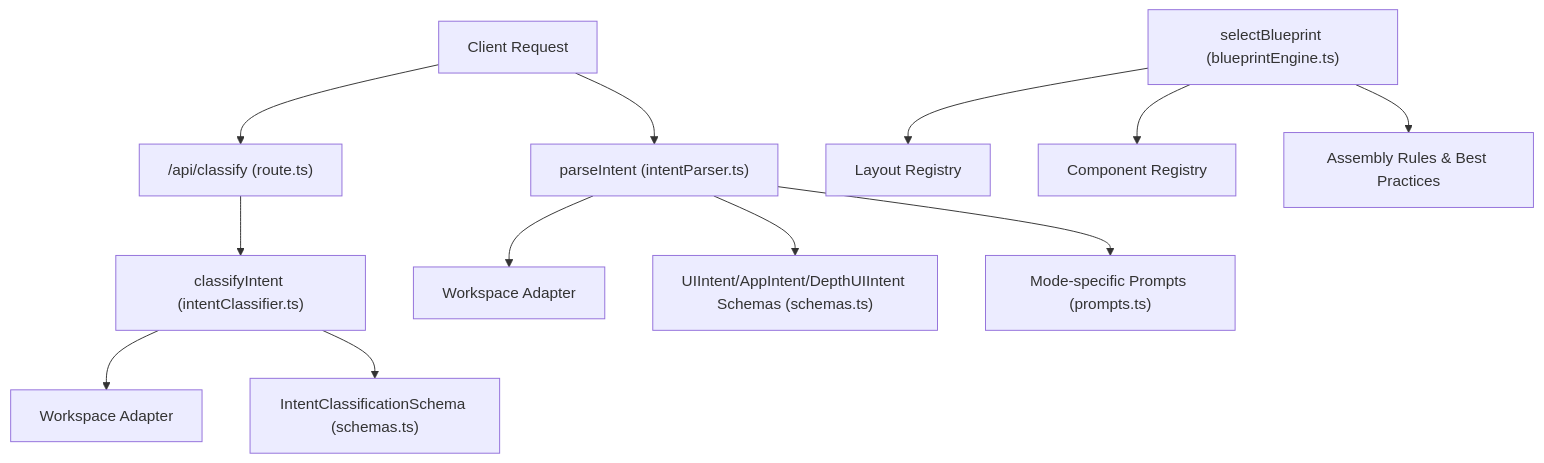
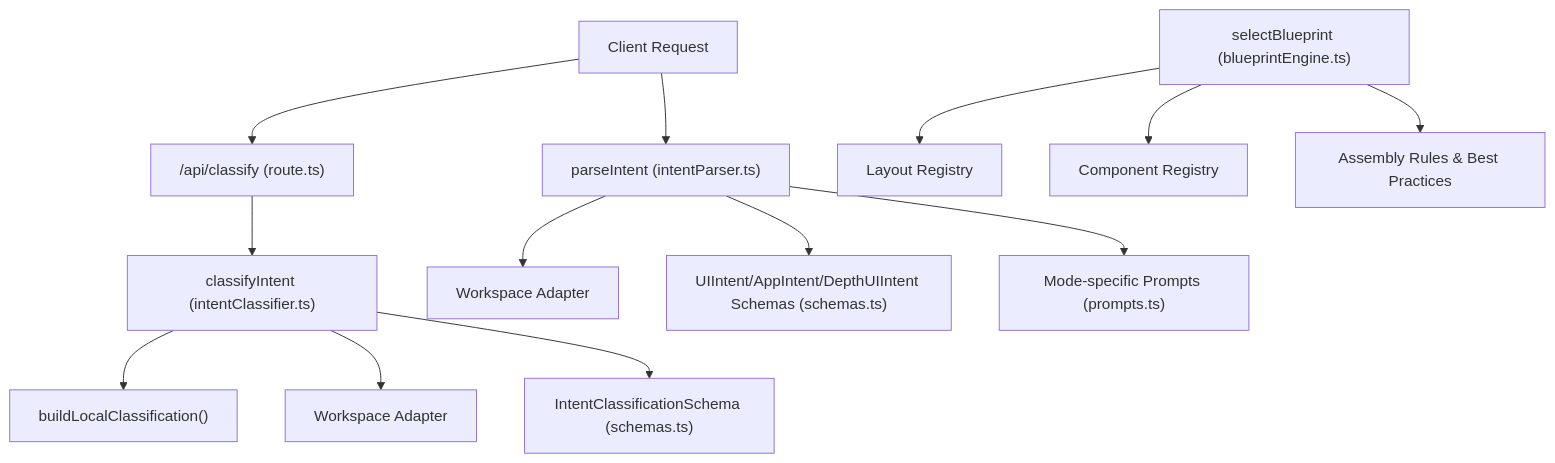
One commit to shekhargiri005-dotcom/AI-powered-accessibility-first-UI-engine changed the first of 10 diagrams in .qoder/repowiki/en/content/AI Generation Engine/Core Generation Pipeline/Intent Processing & Blueprint Selection.md. Above: the diagram before and after it, drawn with Mermaid. The commit also changed other lines of this file and 71 other files, not shown here.

````diff
--- a/.qoder/repowiki/en/content/AI Generation Engine/Core Generation Pipeline/Intent Processing & Blueprint Selection.md
+++ b/.qoder/repowiki/en/content/AI Generation Engine/Core Generation Pipeline/Intent Processing & Blueprint Selection.md
@@ -50,14 +50,15 @@
 ```mermaid
 graph TB
 Client["Client Request"] --> API["/api/classify (route.ts)"]
 API --> Classifier["classifyIntent (intentClassifier.ts)"]
+Classifier --> LocalFallback["buildLocalClassification()"]
 Classifier --> Adapter["Workspace Adapter"]
 Classifier --> Schema["IntentClassificationSchema (schemas.ts)"]
 Client --> Parser["parseIntent (intentParser.ts)"]
 Parser --> Adapter2["Workspace Adapter"]
 Parser --> Schema2["UIIntent/AppIntent/DepthUIIntent Schemas (schemas.ts)"]
 Parser --> Prompts["Mode-specific Prompts (prompts.ts)"]
 Blueprint["selectBlueprint (blueprintEngine.ts)"] --> Layout["Layout Registry"]
 Blueprint --> Components["Component Registry"]
 Blueprint --> Rules["Assembly Rules & Best Practices"]
 ```
````
